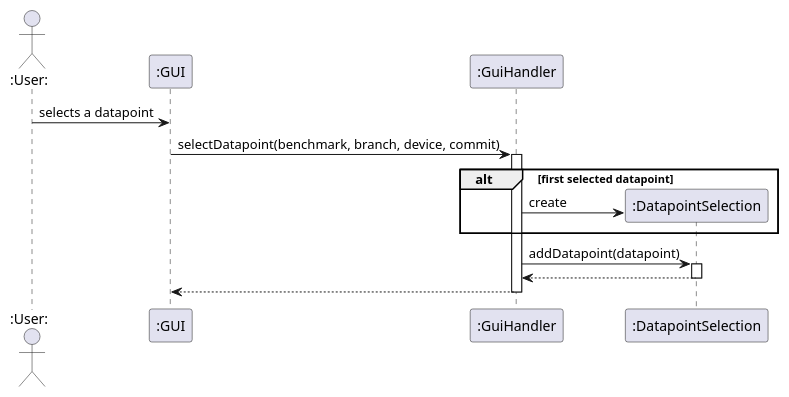
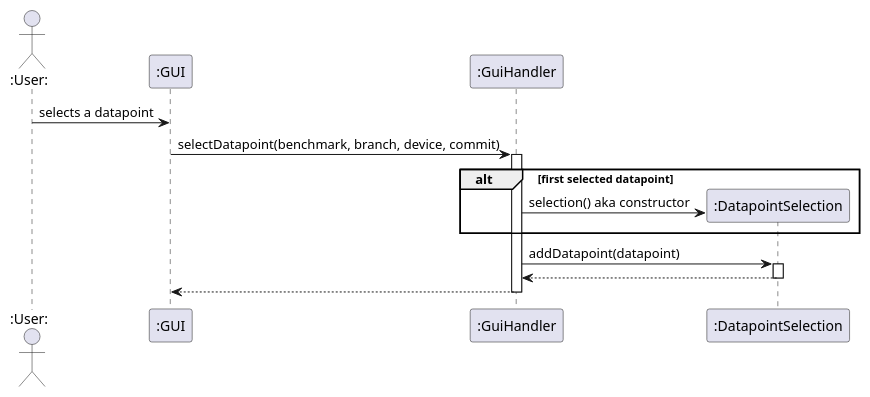
Before and after one commit to pse-parkview/Parkview: the diagram in Design/plantuml/FR1.puml, drawn with PlantUML.

Commit message:
changes creation of selection to use create

```diff
--- a/Design/plantuml/FR1.puml
+++ b/Design/plantuml/FR1.puml
@@ -1,19 +1,20 @@
 @startuml FR1
 
 actor ":User:" as ted
 participant ":GUI" as gui
 participant ":GuiHandler" as guiHandler
 participant ":DatapointSelection" as selection
 
 ted -> gui: selects a datapoint
 gui -> guiHandler ++: selectDatapoint(benchmark, branch, device, commit)
 
 alt first selected datapoint
-  guiHandler -> selection **: create
+  create selection
+  guiHandler -> selection : selection() aka constructor
   end
 
 guiHandler -> selection ++: addDatapoint(datapoint)
 selection --> guiHandler --:
 guiHandler --> gui --:
 
 @enduml
```
